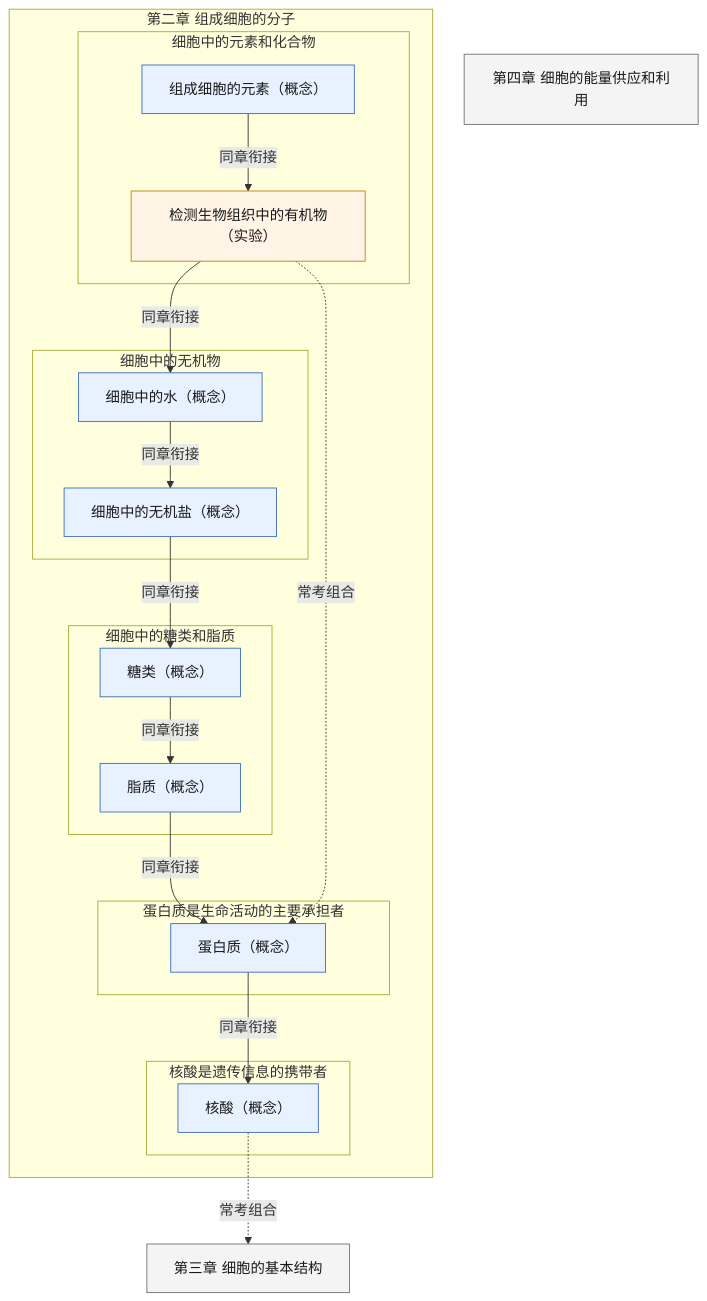
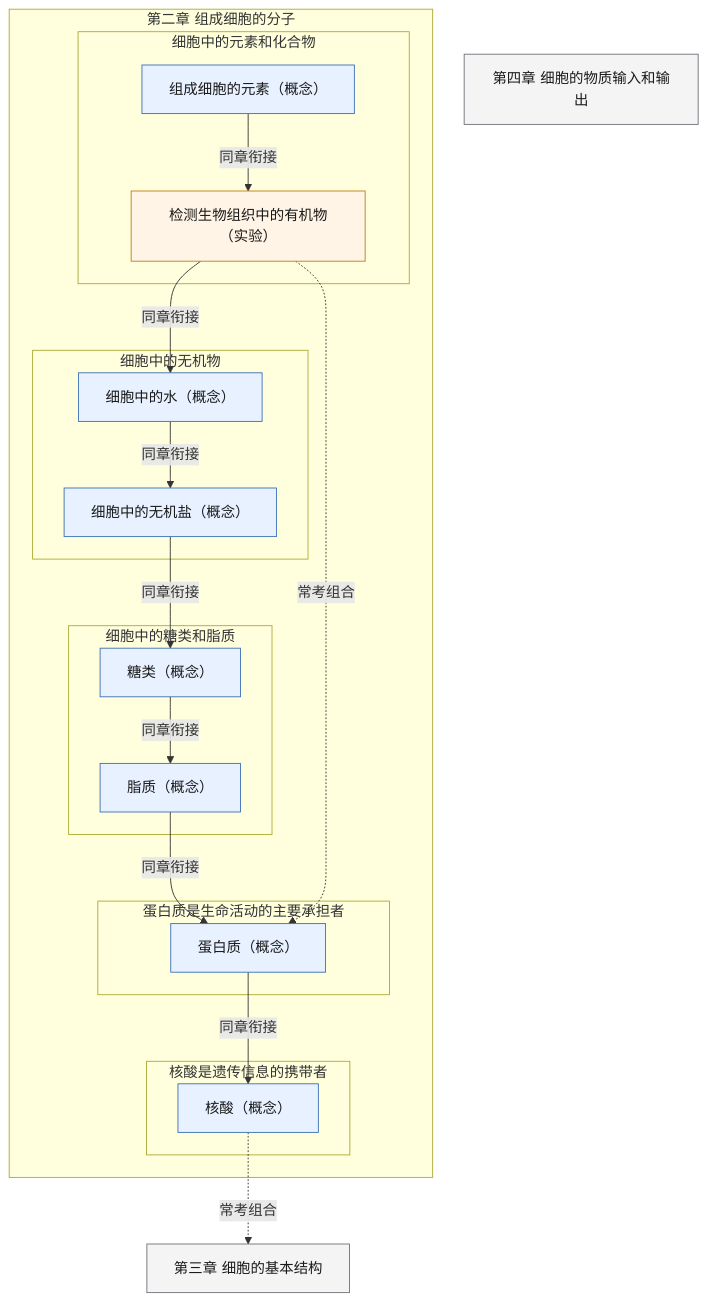
Before and after one commit to lihenair/high-school-ai-tutor-skill: the diagram in skills/high-school-ai-tutor/references/pep-bio-bx1-ch2.md, drawn with Mermaid. The commit also changed 2 other files, not shown here.

Commit message:
kb(bio-bx1-ch2): 章末预告第四章章名修正（物质的输入和输出）；db 整库重建规范化

````diff
--- a/skills/high-school-ai-tutor/references/pep-bio-bx1-ch2.md
+++ b/skills/high-school-ai-tutor/references/pep-bio-bx1-ch2.md
@@ -5,38 +5,38 @@
 ```mermaid
 flowchart TD
   classDef concept fill:#E8F1FF,stroke:#3B6FB6,color:#1A1A1A
   classDef skill fill:#E7F6EE,stroke:#2E7D4F,color:#1A1A1A
   classDef experiment fill:#FFF4E5,stroke:#C47B17,color:#1A1A1A
   classDef later fill:#F4F4F5,stroke:#71717A,color:#1A1A1A
   subgraph ch["第二章 组成细胞的分子"]
     subgraph s1["细胞中的元素和化合物"]
       kp_elements["组成细胞的元素（概念）"]:::concept
       kp_biomass_detection["检测生物组织中的有机物（实验）"]:::experiment
     end
     subgraph s2["细胞中的无机物"]
       kp_water["细胞中的水（概念）"]:::concept
       kp_inorganic_salts["细胞中的无机盐（概念）"]:::concept
     end
     subgraph s3["细胞中的糖类和脂质"]
       kp_sugars["糖类（概念）"]:::concept
       kp_lipids["脂质（概念）"]:::concept
     end
     subgraph s4["蛋白质是生命活动的主要承担者"]
       kp_proteins["蛋白质（概念）"]:::concept
     end
     subgraph s5["核酸是遗传信息的携带者"]
       kp_nucleic_acids["核酸（概念）"]:::concept
     end
   end
   bx1_ch3["第三章 细胞的基本结构"]:::later
-  bx1_ch4["第四章 细胞的能量供应和利用"]:::later
+  bx1_ch4["第四章 细胞的物质输入和输出"]:::later
   kp_elements -->|同章衔接| kp_biomass_detection
   kp_biomass_detection -->|同章衔接| kp_water
   kp_water -->|同章衔接| kp_inorganic_salts
   kp_inorganic_salts -->|同章衔接| kp_sugars
   kp_sugars -->|同章衔接| kp_lipids
   kp_lipids -->|同章衔接| kp_proteins
   kp_proteins -->|同章衔接| kp_nucleic_acids
   kp_biomass_detection -.->|常考组合| kp_proteins
   kp_nucleic_acids -.->|常考组合| bx1_ch3
 ```
````
